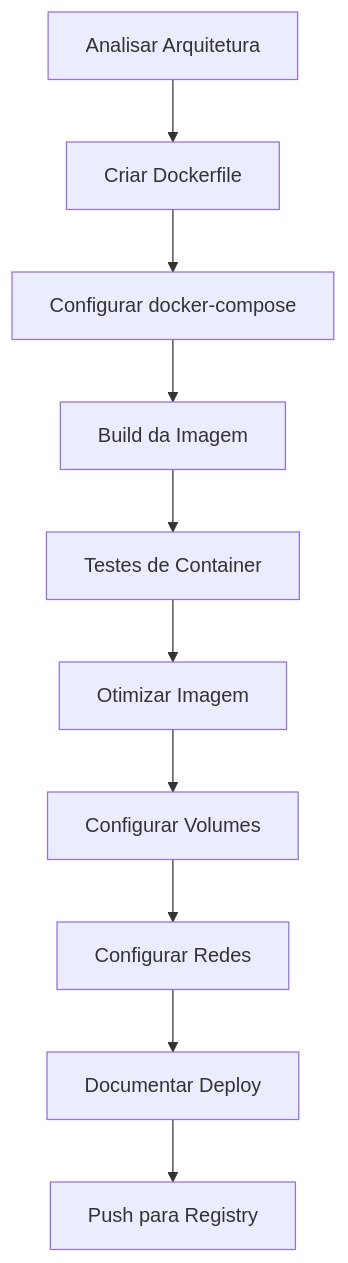
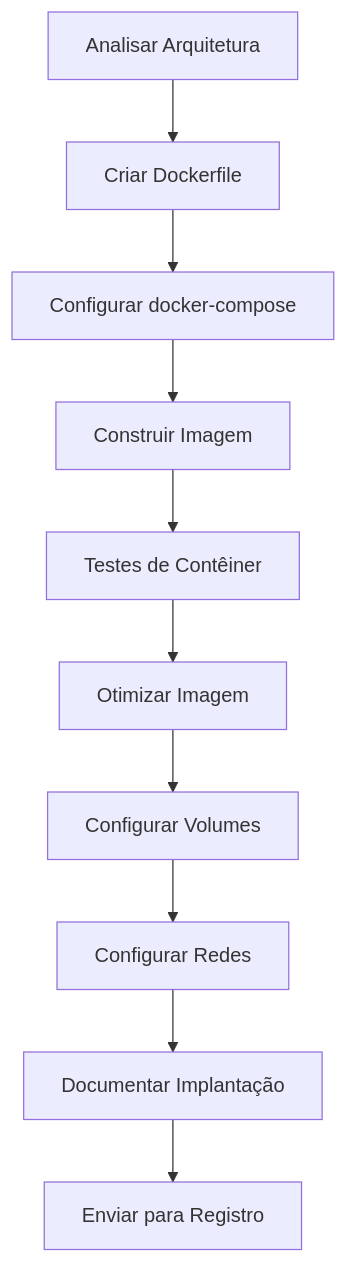
One commit to llopes05/pds-corporativo changed the sixth of 8 diagrams in index.md. Above: the diagram before and after it, drawn with Mermaid. The commit also changed other lines of this file and 2 other files, not shown here.

````diff
--- a/index.md
+++ b/index.md
@@ -120,12 +116,12 @@
 ```mermaid
 flowchart TD
     A[Analisar Arquitetura] --> B[Criar Dockerfile]
     B --> C[Configurar docker-compose]
-    C --> D[Build da Imagem]
-    D --> E[Testes de Container]
+    C --> D[Construir Imagem]
+    D --> E[Testes de Contêiner]
     E --> F[Otimizar Imagem]
     F --> G[Configurar Volumes]
     G --> H[Configurar Redes]
-    H --> I[Documentar Deploy]
-    I --> J[Push para Registry]
+    H --> I[Documentar Implantação]
+    I --> J[Enviar para Registro]
 ```
````
